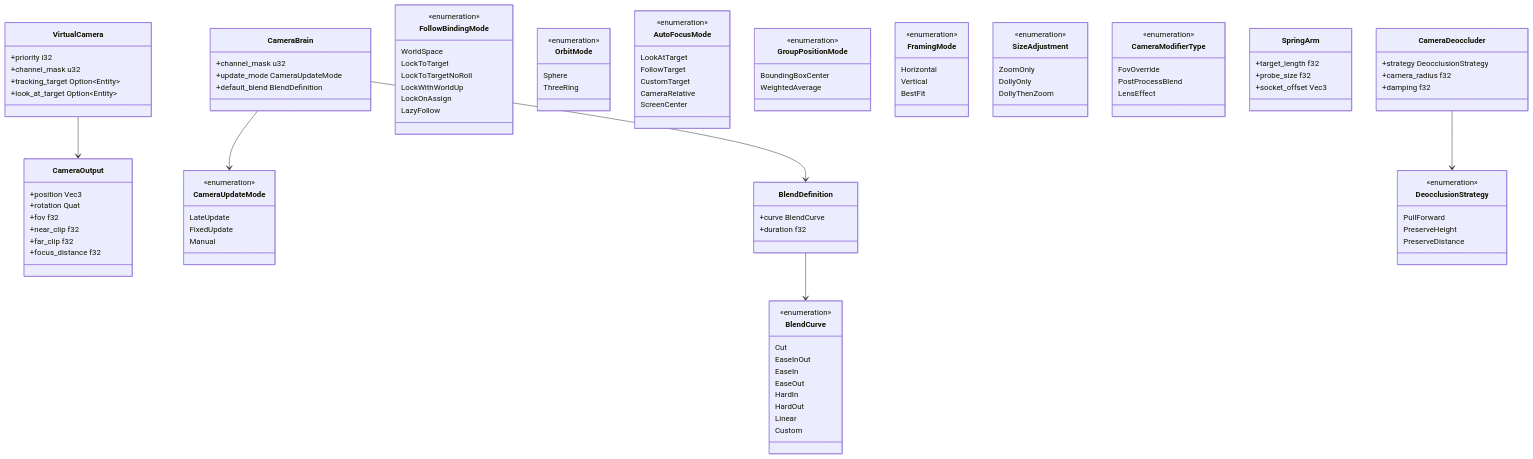
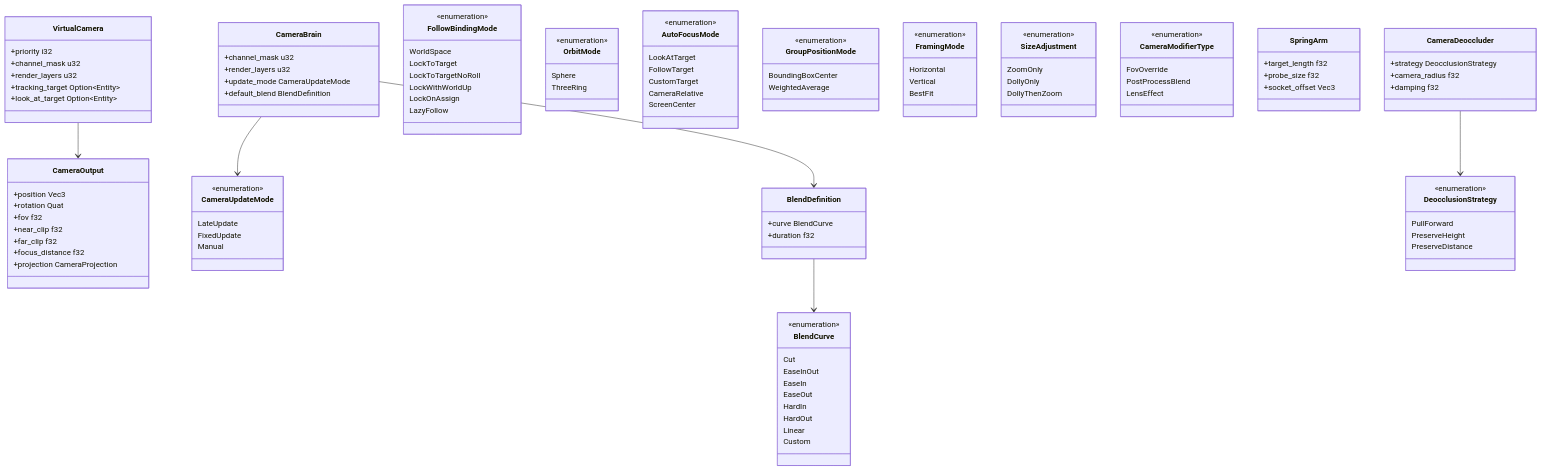
The fifth of 5 diagrams in docs/design/game-framework/camera.md (harmonius-dev/harmonius), drawn with Mermaid before and after one commit. The commit also changed other lines of this file and 174 other files, not shown here.

```diff
--- a/docs/design/game-framework/camera.md
+++ b/docs/design/game-framework/camera.md
@@ -367,6 +350,7 @@
     class VirtualCamera {
         +priority i32
         +channel_mask u32
+        +render_layers u32
         +tracking_target Option~Entity~
         +look_at_target Option~Entity~
     }
@@ -377,9 +361,11 @@
         +near_clip f32
         +far_clip f32
         +focus_distance f32
+        +projection CameraProjection
     }
     class CameraBrain {
         +channel_mask u32
+        +render_layers u32
         +update_mode CameraUpdateMode
         +default_blend BlendDefinition
     }
```
